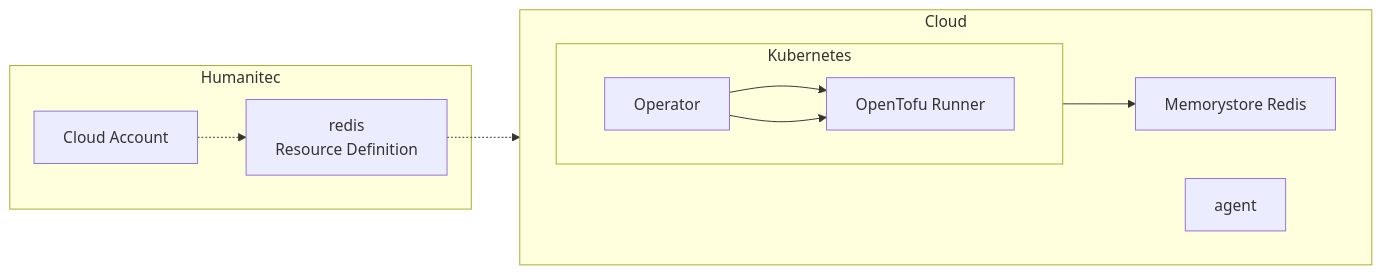
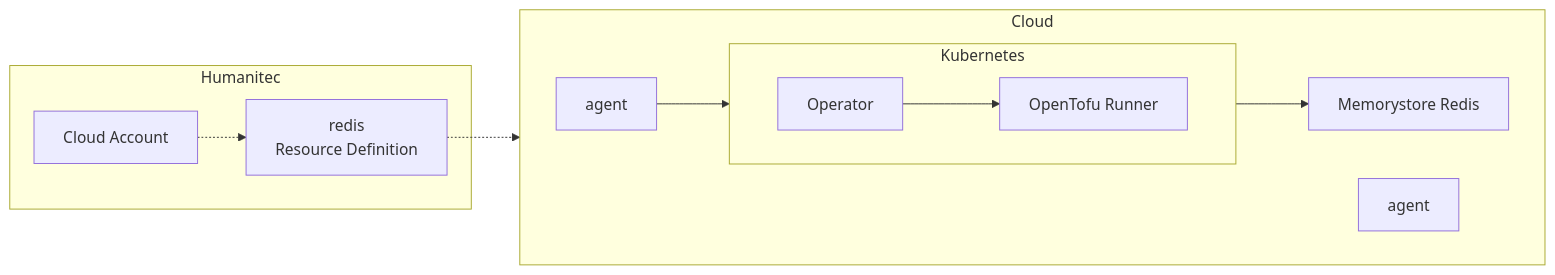
The diagram in opentofu.md (Humanitec-DemoOrg/humanitec-workshop), drawn with Mermaid before and after one commit.

Commit message:
update mermaid

````diff
--- a/opentofu.md
+++ b/opentofu.md
@@ -15,18 +15,17 @@
 ```mermaid
 flowchart LR
   direction LR
   subgraph Humanitec
     cloud-account[Cloud Account]-.->redis-res-def[redis<br/>Resource Definition]
   end
   subgraph Cloud
     direction LR
     agent-instance[agent]
     subgraph Kubernetes
       direction LR
       operator[Operator]-->tf-runner[OpenTofu Runner]
     end
-    redis-res-def-.->operator
-    operator-->tf-runner
+    redis-res-def-.->agent-->operator
     tf-runner-->redis[Memorystore Redis]
   end
 ```
````
